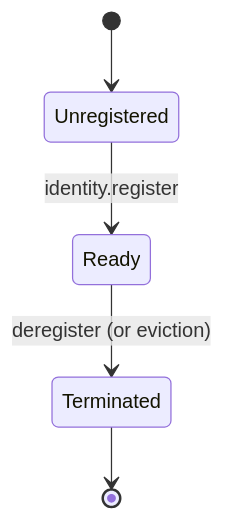
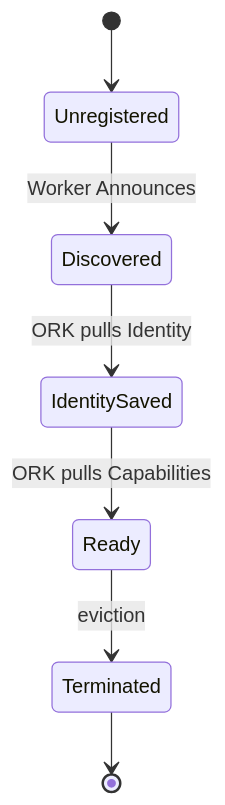
The sixth of 13 diagrams in docs/hld.md (Gio-Galt/mdk-be), drawn with Mermaid before and after one commit. The commit also changed other lines of this file and 1 other file, not shown here.

Commit message:
Update on the registry of worker method

````diff
--- a/docs/hld.md
+++ b/docs/hld.md
@@ -331,7 +341,9 @@
     ```mermaid
     stateDiagram-v2
         [*] --> Unregistered
-        Unregistered --> Ready : identity.register
-        Ready --> Terminated : deregister (or eviction)
+        Unregistered --> Discovered : Worker Announces
+        Discovered --> IdentitySaved : ORK pulls Identity
+        IdentitySaved --> Ready : ORK pulls Capabilities
+        Ready --> Terminated : eviction
         Terminated --> [*]
     ```
````
